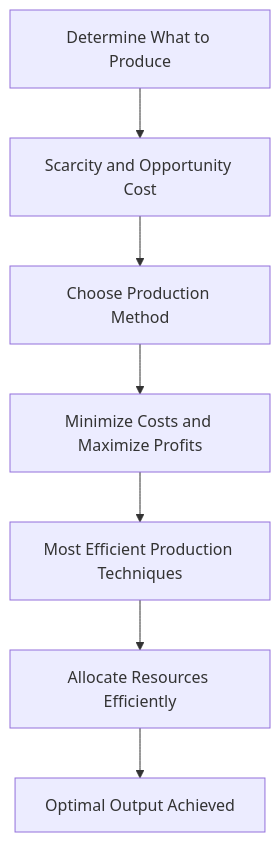
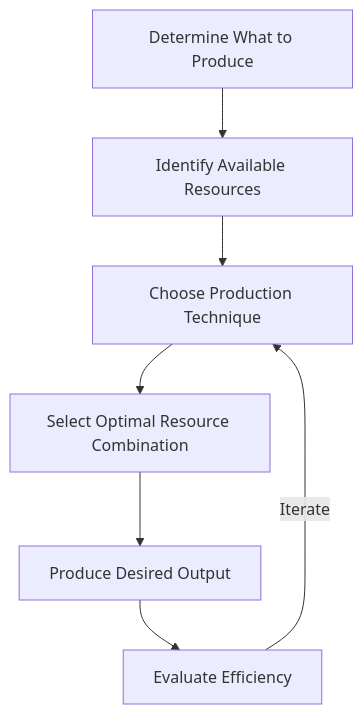
One commit to DagimAlemayehuu/Ater changed the diagram in Obsidian_Vault/2-Academic/Winter 2026/Economics/1_Basics_Of_Economics/How_To_Produce.md. Above: the diagram before and after it, drawn with Mermaid. The commit also changed other lines of this file and 71 other files, not shown here.

````diff
--- a/Obsidian_Vault/2-Academic/Winter 2026/Economics/1_Basics_Of_Economics/How_To_Produce.md
+++ b/Obsidian_Vault/2-Academic/Winter 2026/Economics/1_Basics_Of_Economics/How_To_Produce.md
@@ -48,11 +44,11 @@
 ```mermaid
 
 graph TD
-    A[Determine What to Produce] --> B[Scarcity and Opportunity Cost]
-    B --> C[Choose Production Method]
-    C --> D[Minimize Costs and Maximize Profits]
-    D --> E[Most Efficient Production Techniques]
-    E --> F[Allocate Resources Efficiently]
-    F --> G[Optimal Output Achieved]
+    A[Determine What to Produce] --> B[Identify Available Resources]
+    B --> C[Choose Production Technique]
+    C --> D[Select Optimal Resource Combination]
+    D --> E[Produce Desired Output]
+    E --> F[Evaluate Efficiency]
+    F -->|Iterate| C
 
 ```
````
